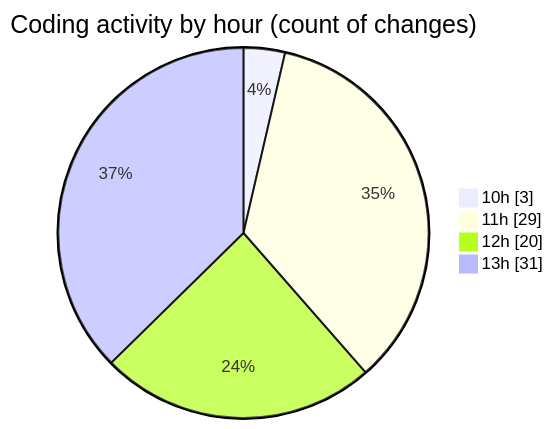
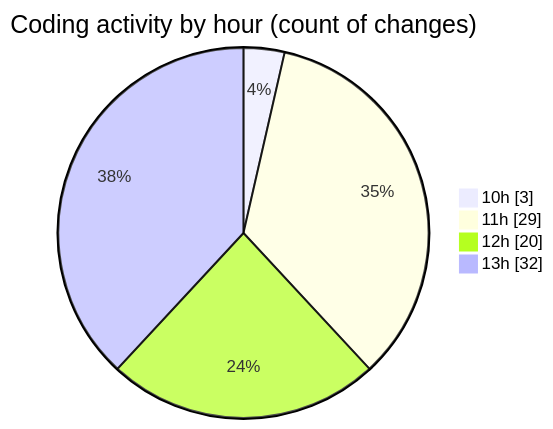
One commit to EIIisD/code-tracking changed the second of 2 diagrams in 2025-08-14/ribbon/README.md. Above: the diagram before and after it, drawn with Mermaid. The commit also changed other lines of this file and 1 other file, not shown here.

````diff
--- a/2025-08-14/ribbon/README.md
+++ b/2025-08-14/ribbon/README.md
@@ -40,8 +40,8 @@
 ```mermaid
 pie showData
 title Coding activity by hour (count of changes)
 "10h" : 3
 "11h" : 29
 "12h" : 20
-"13h" : 31
+"13h" : 32
 ```
````
